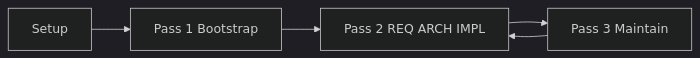
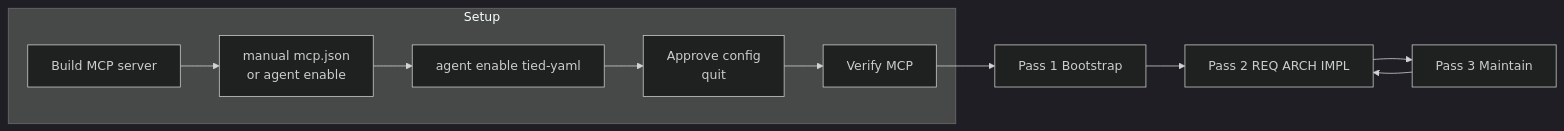
The diagram in tied/docs/adding-tied-mcp-and-invoking-passes.md (fareedst/tied), drawn with Mermaid (dark theme) before and after one commit. The commit also changed other lines of this file and 209 other files, not shown here.

````diff
--- a/tied/docs/adding-tied-mcp-and-invoking-passes.md
+++ b/tied/docs/adding-tied-mcp-and-invoking-passes.md
@@ -193,11 +184,18 @@
 ```mermaid
 flowchart LR
-  Setup[Setup]
+  subgraph setupFlow [Setup]
+    BuildMcp[Build MCP server]
+    McpConfig["manual mcp.json\nor agent enable"]
+    AgentEnable["agent enable tied-yaml"]
+    ApproveQuit["Approve config\nquit"]
+    VerifySetup[Verify MCP]
+    BuildMcp --> McpConfig --> AgentEnable --> ApproveQuit --> VerifySetup
+  end
   Pass1[Pass 1 Bootstrap]
   Pass2[Pass 2 REQ ARCH IMPL]
   Pass3[Pass 3 Maintain]
-  Setup --> Pass1
+  VerifySetup --> Pass1
   Pass1 --> Pass2
   Pass2 --> Pass3
   Pass3 --> Pass2
 ```
````
